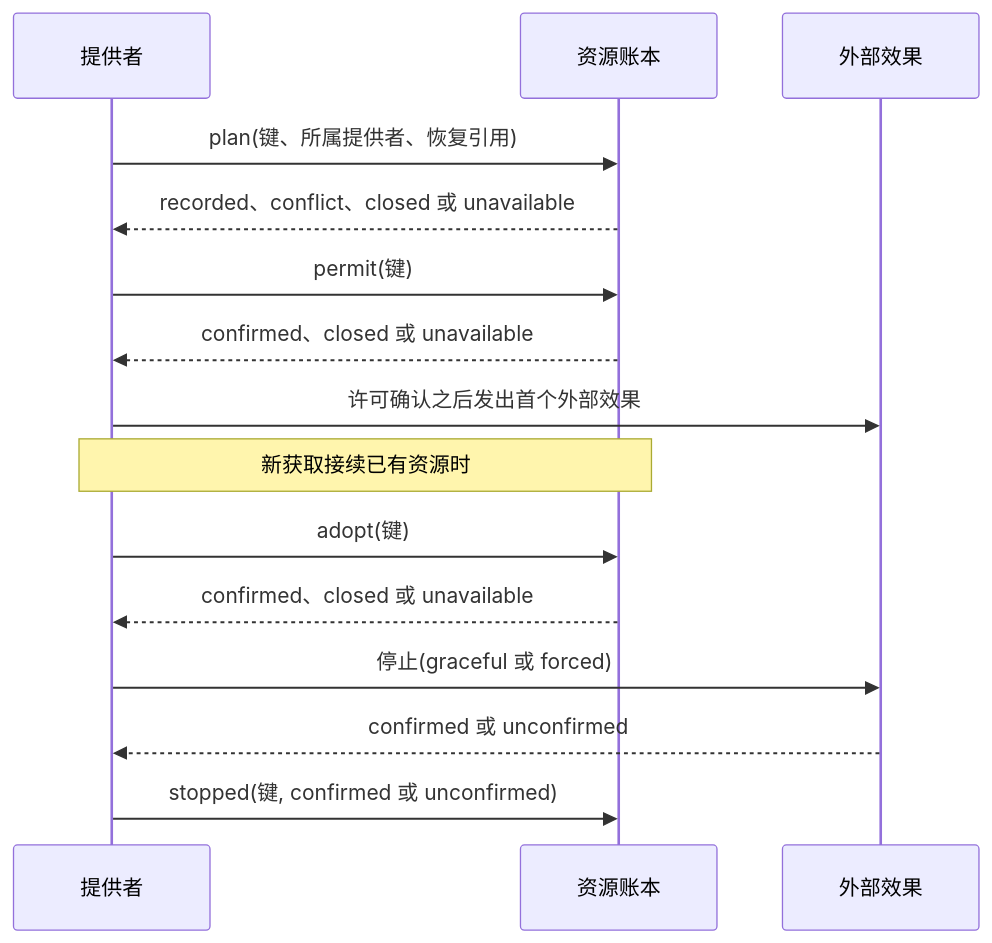
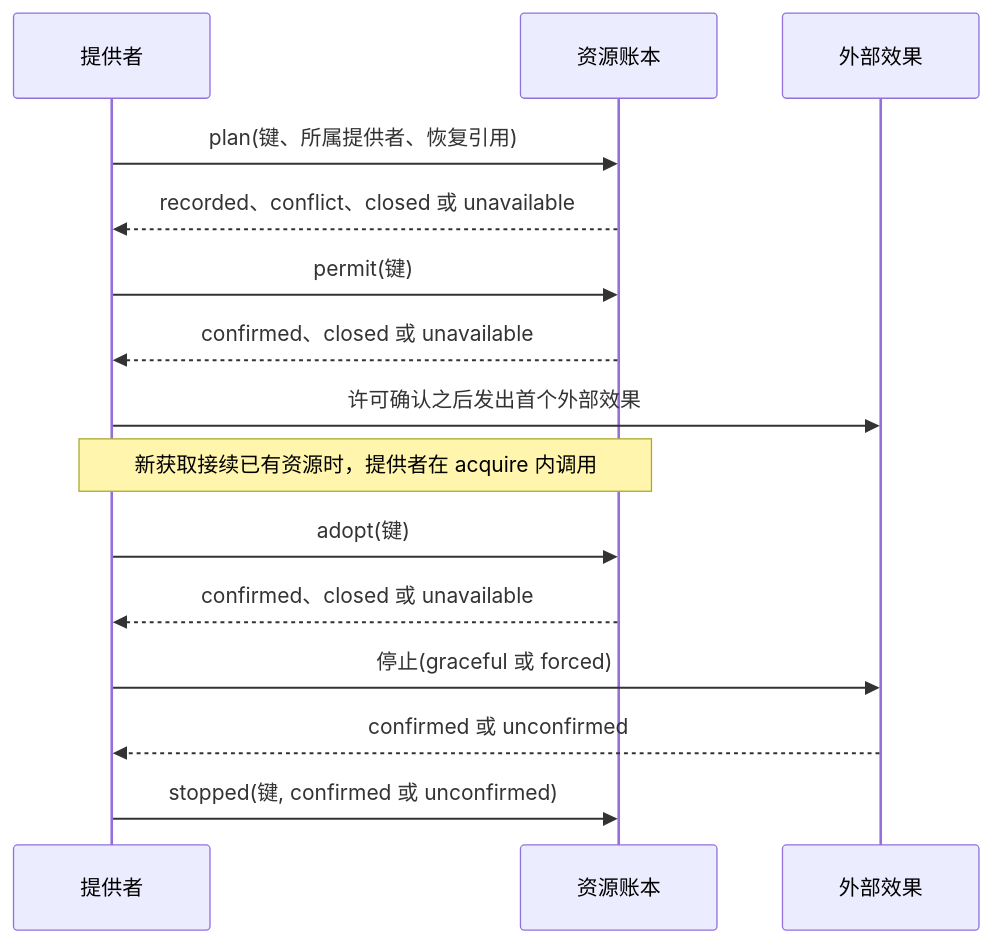
The third of 6 diagrams in packages/execution/execution-environment-contract/docs/flows.md (nemori-ai/omne-harness-lite), drawn with Mermaid before and after one commit. The commit also changed other lines of this file and 24 other files, not shown here.

````diff
--- a/packages/execution/execution-environment-contract/docs/flows.md
+++ b/packages/execution/execution-environment-contract/docs/flows.md
@@ -90,17 +90,17 @@
 ```mermaid
 sequenceDiagram
   participant P as 提供者
   participant R as 资源账本
   participant X as 外部效果
   P->>R: plan(键、所属提供者、恢复引用)
   R-->>P: recorded、conflict、closed 或 unavailable
   P->>R: permit(键)
   R-->>P: confirmed、closed 或 unavailable
   P->>X: 许可确认之后发出首个外部效果
-  Note over P,R: 新获取接续已有资源时
+  Note over P,R: 新获取接续已有资源时，提供者在 acquire 内调用
   P->>R: adopt(键)
   R-->>P: confirmed、closed 或 unavailable
   P->>X: 停止(graceful 或 forced)
   X-->>P: confirmed 或 unconfirmed
   P->>R: stopped(键, confirmed 或 unconfirmed)
 ```
````
